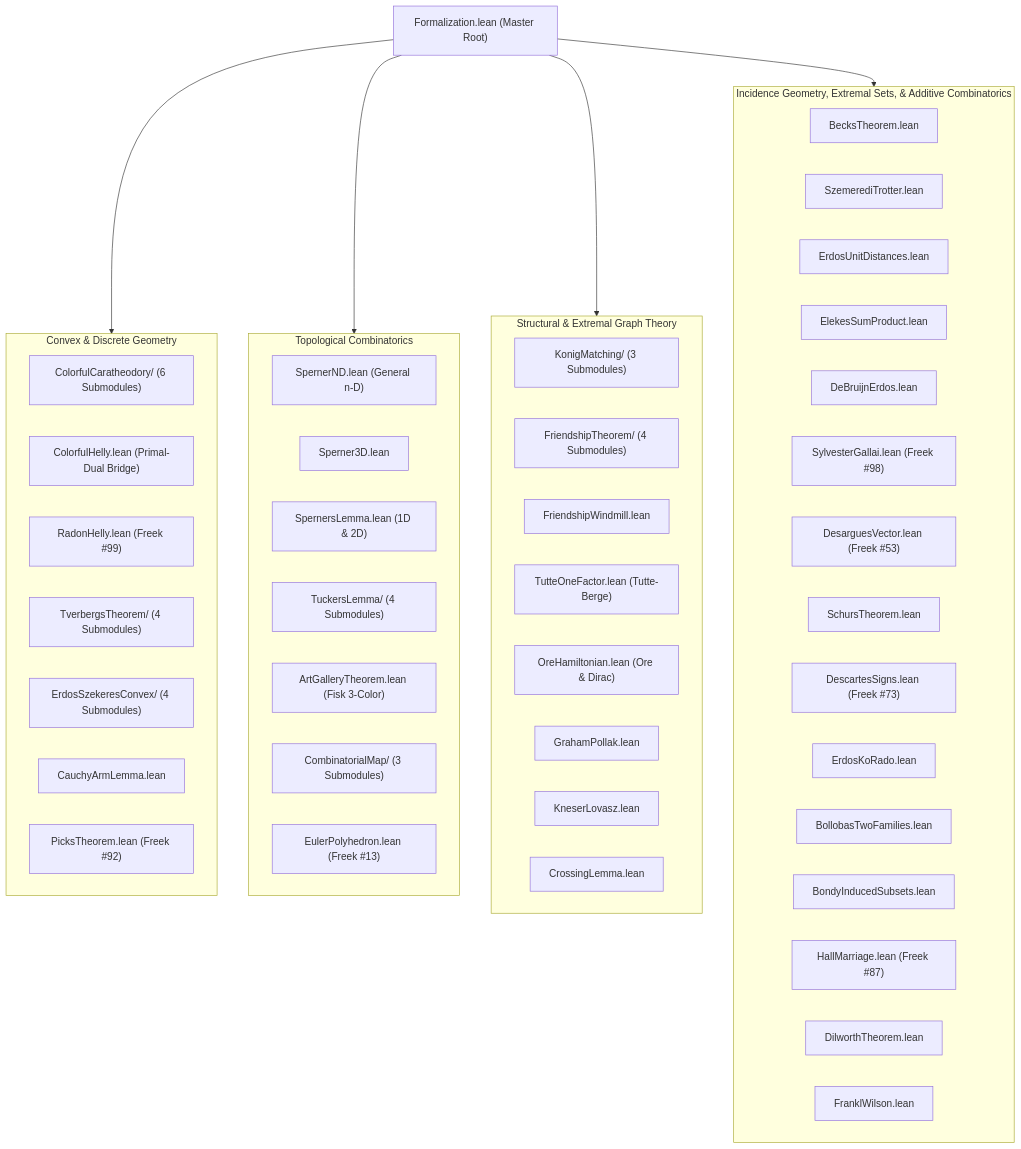
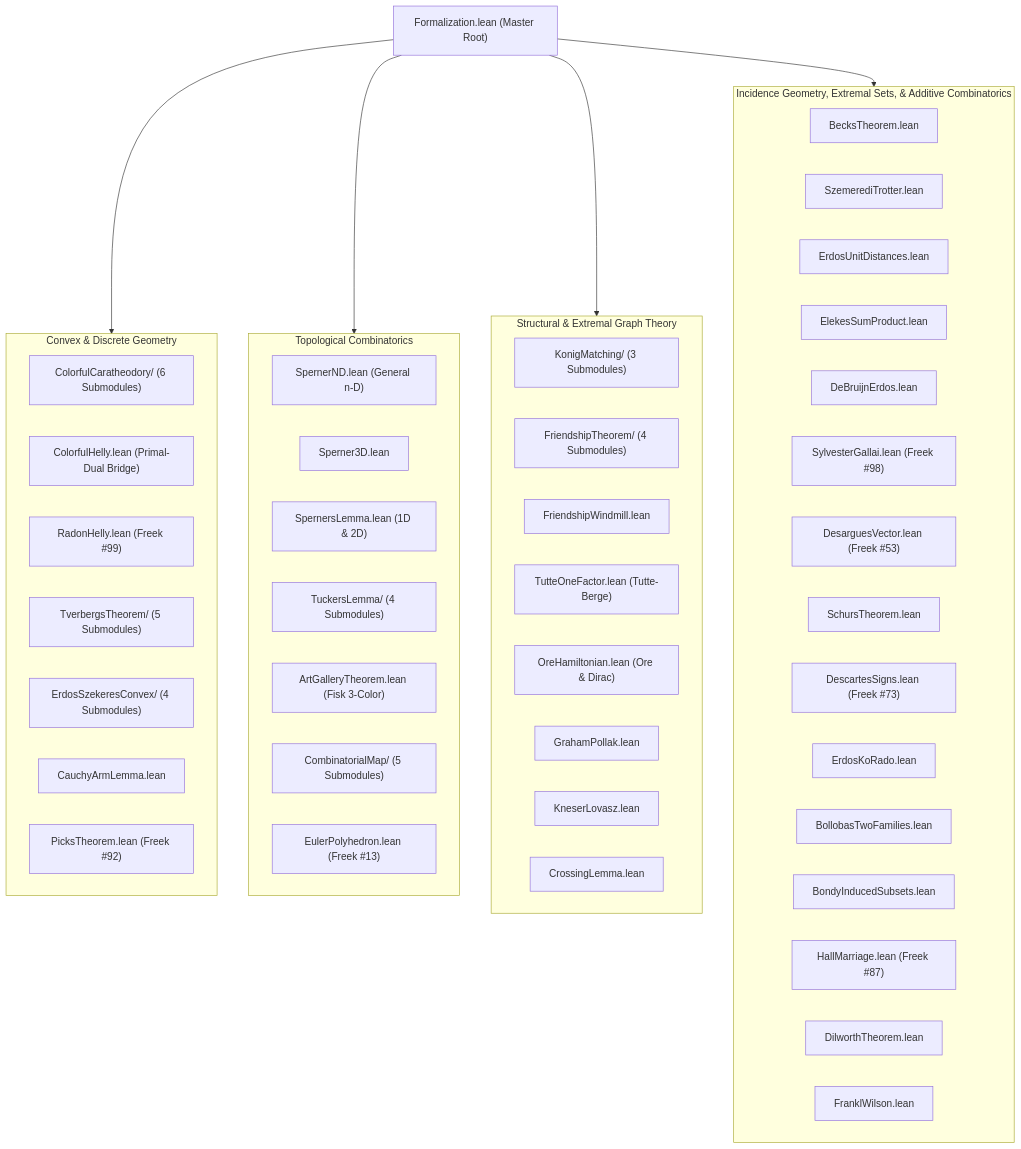
Before and after one commit to sneed-and-feed/lean-theorems-1: the diagram in README.md, drawn with Mermaid. The commit also changed other lines of this file and 20 other files, not shown here.

Commit message:
feat(palomar): promote tverbergs_theorem and euler_polyhedron to tier-1 queue

````diff
--- a/README.md
+++ b/README.md
@@ -367,58 +373,58 @@
 ```mermaid
 graph TD
     Root["Formalization.lean (Master Root)"]
     
     subgraph ConvexGeometry ["Convex & Discrete Geometry"]
         CC["ColorfulCaratheodory/ (6 Submodules)"]
         CH["ColorfulHelly.lean (Primal-Dual Bridge)"]
         RH["RadonHelly.lean (Freek #99)"]
-        TT["TverbergsTheorem/ (4 Submodules)"]
+        TT["TverbergsTheorem/ (5 Submodules)"]
         ES["ErdosSzekeresConvex/ (4 Submodules)"]
         CA["CauchyArmLemma.lean"]
         PK["PicksTheorem.lean (Freek #92)"]
     end
 
     subgraph TopologicalCombinatorics ["Topological Combinatorics"]
         SND["SpernerND.lean (General n-D)"]
         S3D["Sperner3D.lean"]
         S12["SpernersLemma.lean (1D & 2D)"]
         TL["TuckersLemma/ (4 Submodules)"]
         AG["ArtGalleryTheorem.lean (Fisk 3-Color)"]
-        CM["CombinatorialMap/ (3 Submodules)"]
+        CM["CombinatorialMap/ (5 Submodules)"]
         EP["EulerPolyhedron.lean (Freek #13)"]
     end
 
     subgraph GraphTheory ["Structural & Extremal Graph Theory"]
         KM["KonigMatching/ (3 Submodules)"]
         FT["FriendshipTheorem/ (4 Submodules)"]
         FW["FriendshipWindmill.lean"]
         TO["TutteOneFactor.lean (Tutte-Berge)"]
         OH["OreHamiltonian.lean (Ore & Dirac)"]
         GP["GrahamPollak.lean"]
         KL["KneserLovasz.lean"]
         CL["CrossingLemma.lean"]
     end
 
     subgraph IncidenceAndAdditive ["Incidence Geometry, Extremal Sets, & Additive Combinatorics"]
         BE["BecksTheorem.lean"]
         ST["SzemerediTrotter.lean"]
         UD["ErdosUnitDistances.lean"]
         ESP["ElekesSumProduct.lean"]
         DBE["DeBruijnErdos.lean"]
         SG["SylvesterGallai.lean (Freek #98)"]
         DV["DesarguesVector.lean (Freek #53)"]
         SC["SchursTheorem.lean"]
         DS["DescartesSigns.lean (Freek #73)"]
         EKR["ErdosKoRado.lean"]
         BT["BollobasTwoFamilies.lean"]
         BI["BondyInducedSubsets.lean"]
         HM["HallMarriage.lean (Freek #87)"]
         DT["DilworthTheorem.lean"]
         FWI["FranklWilson.lean"]
     end
 
     Root --> ConvexGeometry
     Root --> TopologicalCombinatorics
     Root --> GraphTheory
     Root --> IncidenceAndAdditive
 ```
````
